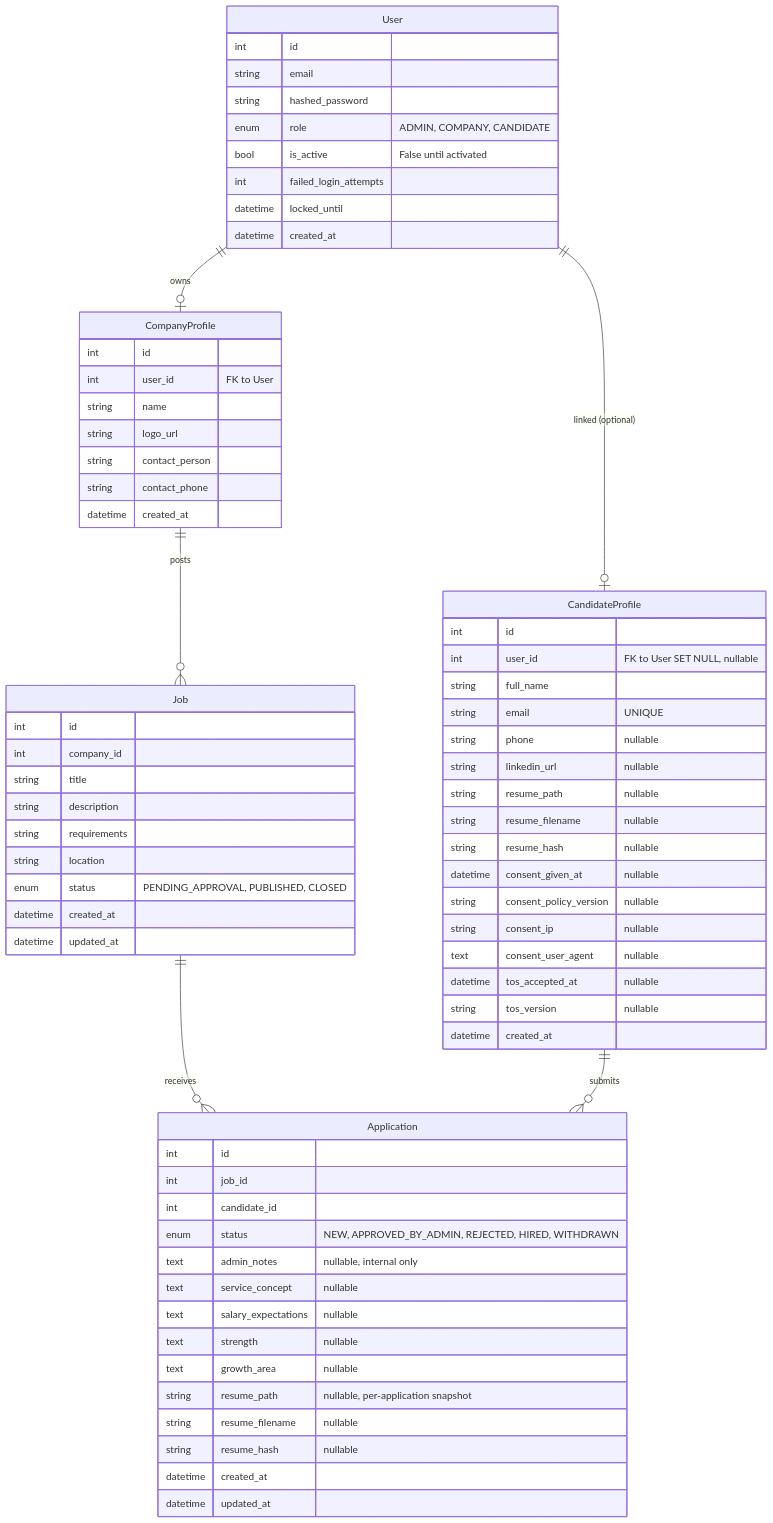
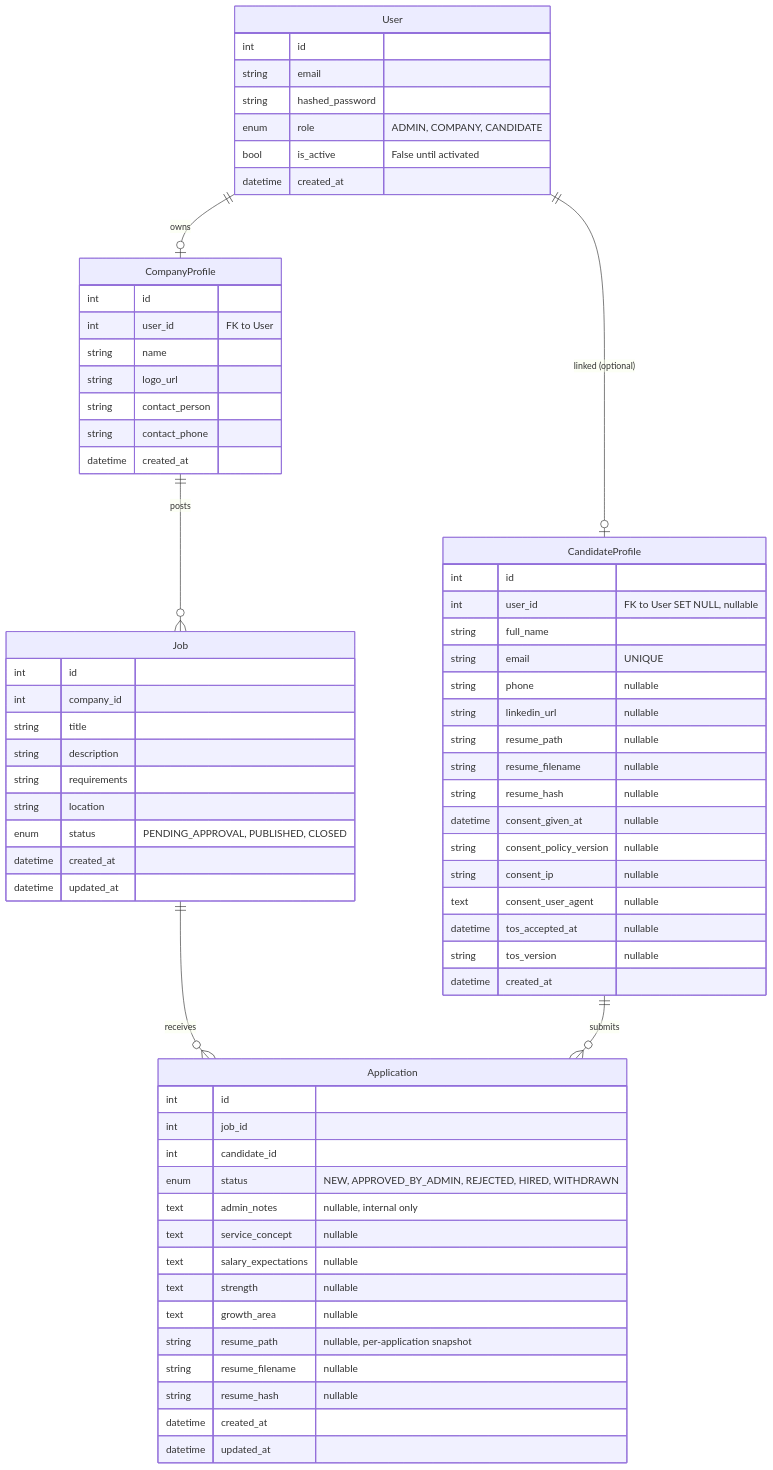
One commit to lahavrud/rs-recruiting changed the diagram in docs/ARCHITECTURE.md. Above: the diagram before and after it, drawn with Mermaid. The commit also changed other lines of this file and 5 other files, not shown here.

```diff
--- a/docs/ARCHITECTURE.md
+++ b/docs/ARCHITECTURE.md
@@ -485,8 +485,6 @@
         string hashed_password
         enum role "ADMIN, COMPANY, CANDIDATE"
         bool is_active "False until activated"
-        int failed_login_attempts
-        datetime locked_until
         datetime created_at
     }
 
```
